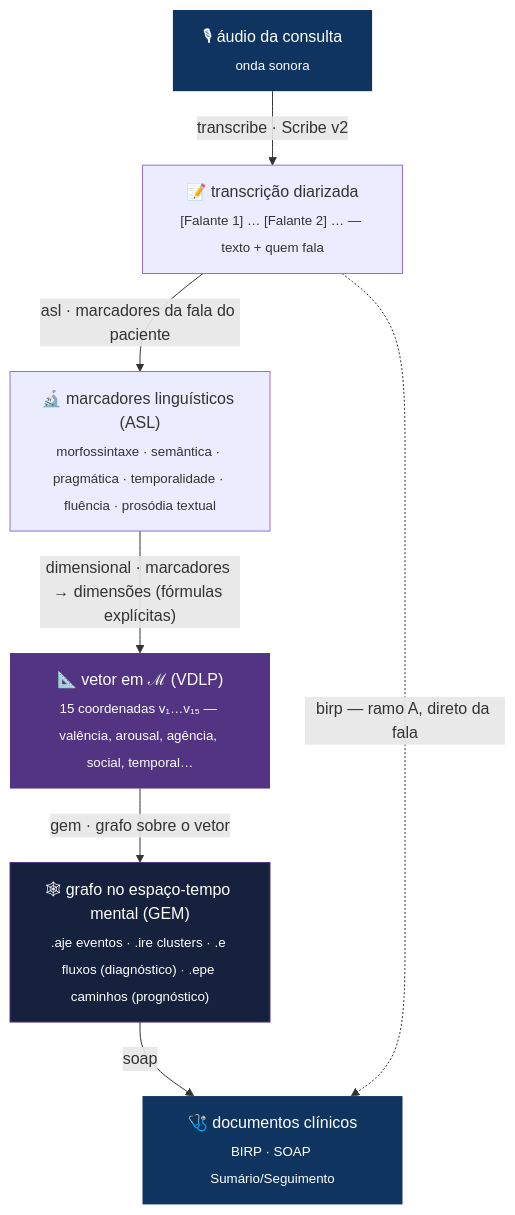
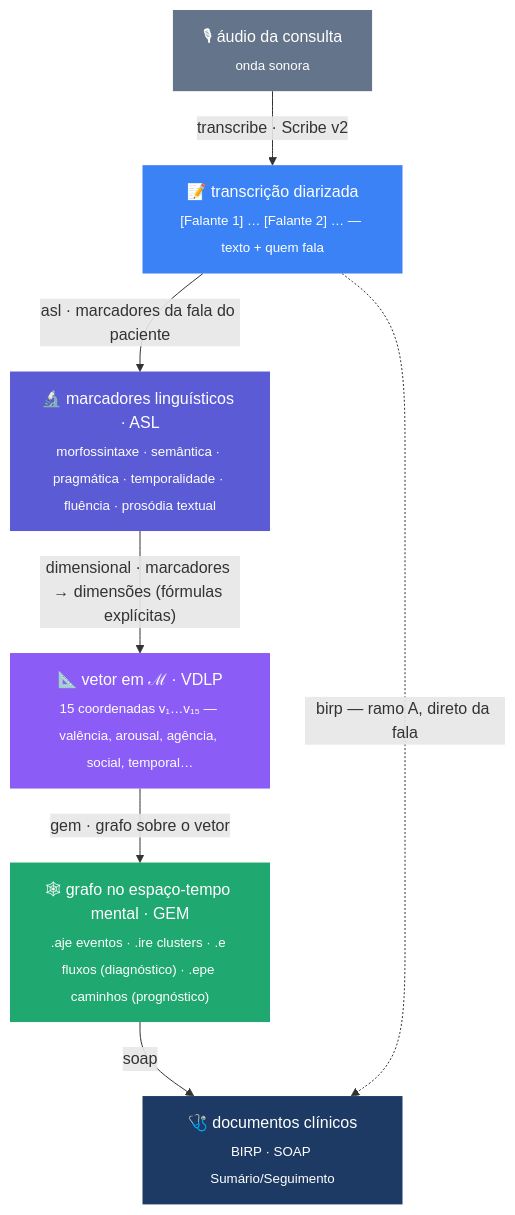
The fourth of 13 diagrams in README.md (myselfgus/m), drawn with Mermaid before and after one commit. The commit also changed other lines of this file, not shown here.

First line of the commit message:
docs(readme): re-tematiza mermaids no design system + assistente, perfil, elevação

````diff
--- a/README.md
+++ b/README.md
@@ -129,21 +147,24 @@
 ```mermaid
+%%{init: {'theme':'base','themeVariables':{'fontFamily':'-apple-system,BlinkMacSystemFont,"SF Pro Text","Helvetica Neue",Arial,sans-serif','fontSize':'14px','primaryColor':'#EEF2F7','primaryTextColor':'#1C2533','primaryBorderColor':'#94A3B8','lineColor':'#64748B'}}}%%
 flowchart TB
-    AUD["🎙 áudio da consulta<br/><sub>onda sonora</sub>"]
-    TXT["📝 transcrição diarizada<br/><sub>[Falante 1] … [Falante 2] … — texto + quem fala</sub>"]
-    MRK["🔬 marcadores linguísticos (ASL)<br/><sub>morfossintaxe · semântica · pragmática · temporalidade · fluência · prosódia textual</sub>"]
-    VEC["📐 vetor em ℳ (VDLP)<br/><sub>15 coordenadas v₁…v₁₅ — valência, arousal, agência, social, temporal…</sub>"]
-    GRF["🕸 grafo no espaço-tempo mental (GEM)<br/><sub>.aje eventos · .ire clusters · .e fluxos (diagnóstico) · .epe caminhos (prognóstico)</sub>"]
-    DOC["🩺 documentos clínicos<br/><sub>BIRP · SOAP Sumário/Seguimento</sub>"]
+    AUD["🎙 áudio da consulta<br/><sub>onda sonora</sub>"]:::stt
+    TXT["📝 transcrição diarizada<br/><sub>[Falante 1] … [Falante 2] … — texto + quem fala</sub>"]:::proc
+    MRK["🔬 marcadores linguísticos · ASL<br/><sub>morfossintaxe · semântica · pragmática · temporalidade · fluência · prosódia textual</sub>"]:::asl
+    VEC["📐 vetor em ℳ · VDLP<br/><sub>15 coordenadas v₁…v₁₅ — valência, arousal, agência, social, temporal…</sub>"]:::vdlp
+    GRF["🕸 grafo no espaço-tempo mental · GEM<br/><sub>.aje eventos · .ire clusters · .e fluxos (diagnóstico) · .epe caminhos (prognóstico)</sub>"]:::gem
+    DOC["🩺 documentos clínicos<br/><sub>BIRP · SOAP Sumário/Seguimento</sub>"]:::soap
 
     AUD -->|"transcribe · Scribe v2"| TXT
     TXT -->|"asl · marcadores da fala do paciente"| MRK
     MRK -->|"dimensional · marcadores → dimensões (fórmulas explícitas)"| VEC
     VEC -->|"gem · grafo sobre o vetor"| GRF
     GRF -->|"soap"| DOC
     TXT -.->|"birp — ramo A, direto da fala"| DOC
 
-    classDef hl fill:#0f3460,color:#fff,stroke:none
-    class AUD,DOC hl
-    style VEC fill:#533483,color:#fff,stroke:none
-    style GRF fill:#16213e,color:#fff,stroke:#533483
+    classDef stt fill:#64748B,color:#fff,stroke:none
+    classDef proc fill:#3B82F6,color:#fff,stroke:none
+    classDef asl fill:#5B5BD6,color:#fff,stroke:none
+    classDef vdlp fill:#8B5CF6,color:#fff,stroke:none
+    classDef gem fill:#1FA86F,color:#fff,stroke:none
+    classDef soap fill:#1C3A63,color:#fff,stroke:none
 ```
````
